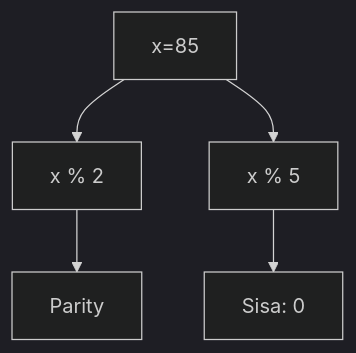
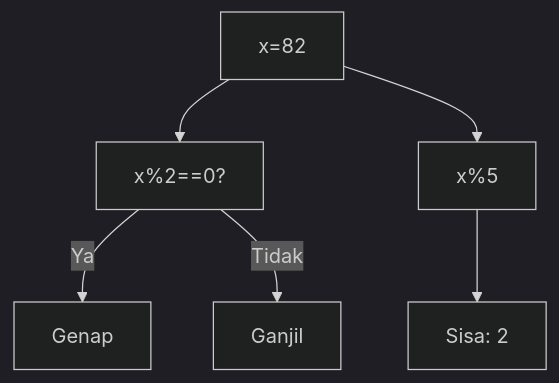
Diagram 11 of 25 in part-c-pemahaman-cpp/01-tipe-data/latihan/set-12.md (amnahwaida/OSNK_INF_PREP), drawn with Mermaid (dark theme) before and after one commit. The commit also changed other lines of this file and 71 other files, not shown here.

Commit message:
Fixed Mermaid syntax lexical errors with quoted labels in 1,800 questions

````diff
--- a/part-c-pemahaman-cpp/01-tipe-data/latihan/set-12.md
+++ b/part-c-pemahaman-cpp/01-tipe-data/latihan/set-12.md
@@ -234,7 +335,8 @@
 ```mermaid
 graph TD
-A[x=85] --> B[x % 2]
-B --> C[Parity]
-A --> D[x % 5]
-D --> E[Sisa: 0]
+A["x=82"] --> B["x%2==0?"]
+B -- Ya --> C["Genap"]
+B -- Tidak --> D["Ganjil"]
+A --> E["x%5"]
+E --> F["Sisa: 2"]
 ```
````
